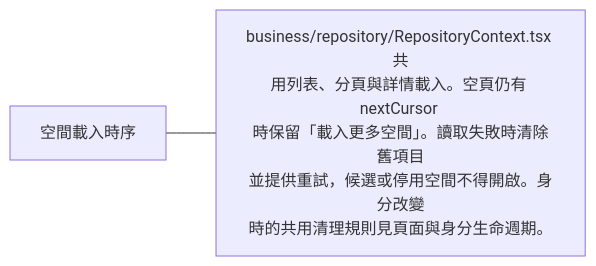
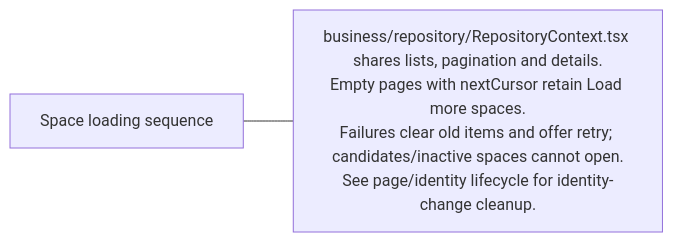
Before and after one commit to 963sup/line-mini-app-bot: the seventh of 12 diagrams in docs/domains/repository/README.md, drawn with Mermaid. The commit also changed other lines of this file and 341 other files, not shown here.

````diff
--- a/docs/domains/repository/README.md
+++ b/docs/domains/repository/README.md
@@ -138,6 +144,6 @@
 ```mermaid
 flowchart LR
-  h["空間載入時序"]
-  h --- n0["business/repository/RepositoryContext.tsx 共<br/>用列表、分頁與詳情載入。空頁仍有 nextCursor <br/>時保留「載入更多空間」。讀取失敗時清除舊項目<br/>並提供重試，候選或停用空間不得開啟。身分改變<br/>時的共用清理規則見頁面與身分生命週期。"]
+  h["Space loading sequence"]
+  h --- n0["business/repository/RepositoryContext.tsx shares lists, pagination and details.<br/>Empty pages with nextCursor retain Load more spaces.<br/>Failures clear old items and offer retry; candidates/inactive spaces cannot open.<br/>See page/identity lifecycle for identity-change cleanup."]
   click n0 "../../architecture/runtime/react-lifecycle.md#頁面與身分生命週期"
 ```
````
